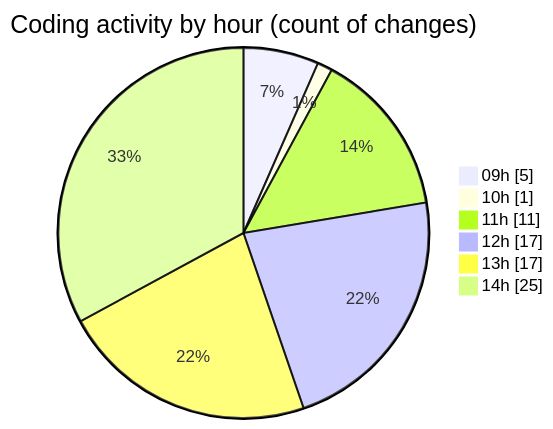
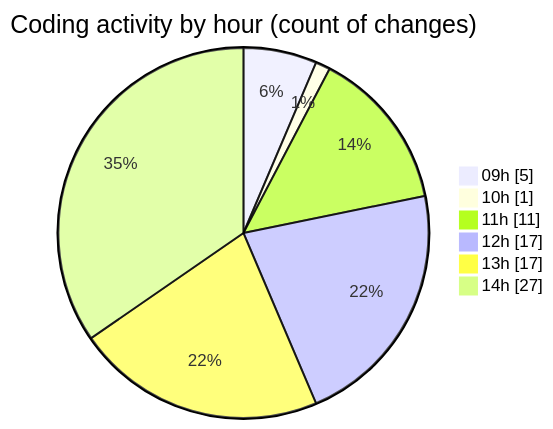
The second of 2 diagrams in 2025-09-04/cda/README.md (momahboobian/code-tracking), drawn with Mermaid before and after one commit. The commit also changed other lines of this file and 1 other file, not shown here.

````diff
--- a/2025-09-04/cda/README.md
+++ b/2025-09-04/cda/README.md
@@ -39,10 +39,10 @@
 ```mermaid
 pie showData
 title Coding activity by hour (count of changes)
 "09h" : 5
 "10h" : 1
 "11h" : 11
 "12h" : 17
 "13h" : 17
-"14h" : 25
+"14h" : 27
 ```
````
